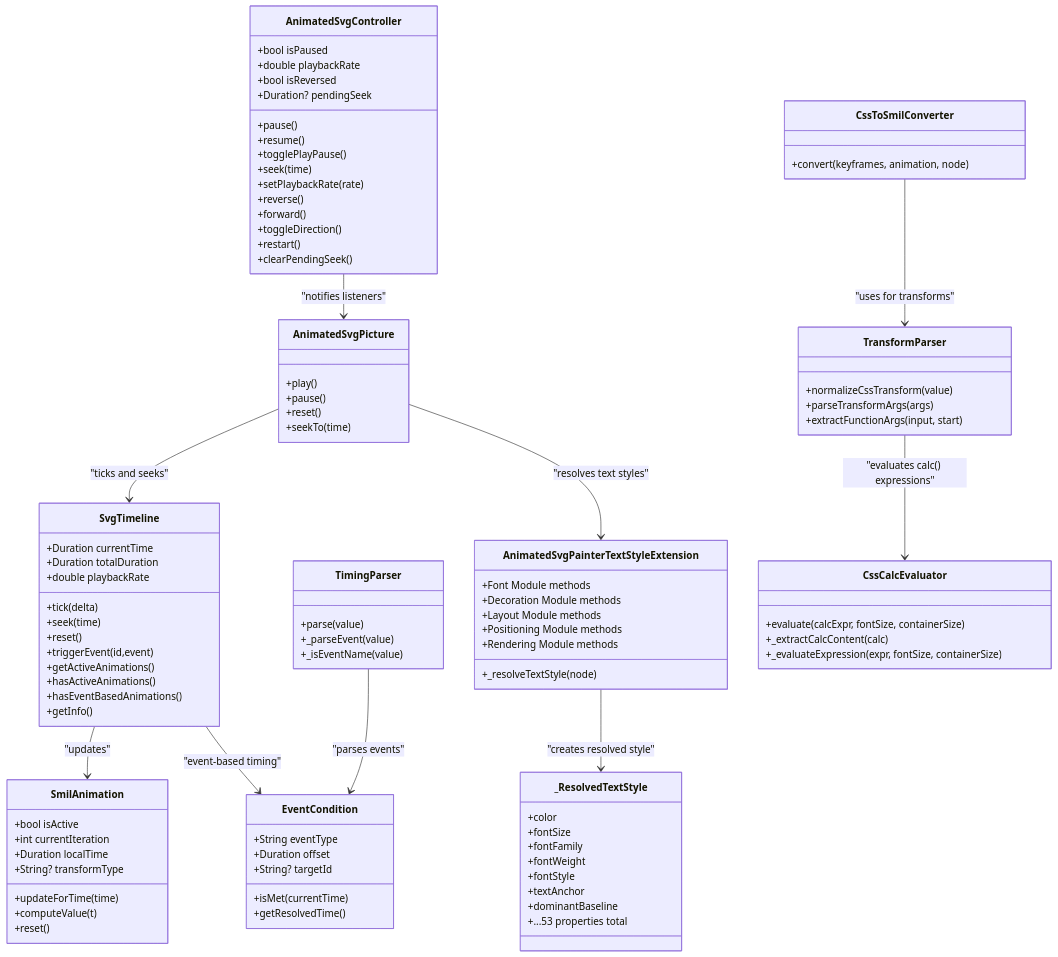
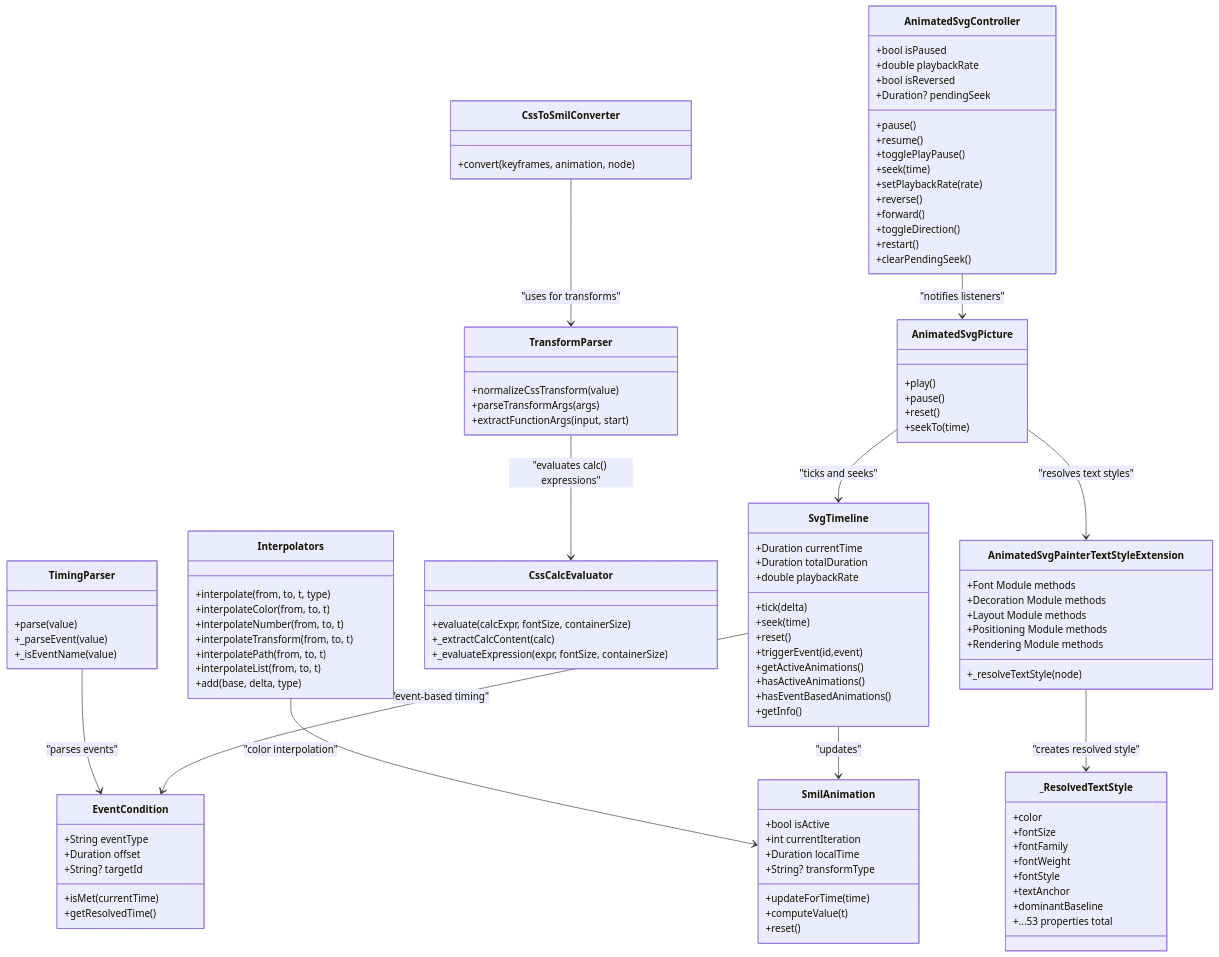
Before and after one commit to denisnadey/flutter_full_svg_support: the fourth of 4 diagrams in .qoder/repowiki/en/content/API Reference/Animation APIs.md, drawn with Mermaid. The commit also changed other lines of this file and 10 other files, not shown here.

````diff
--- a/.qoder/repowiki/en/content/API Reference/Animation APIs.md
+++ b/.qoder/repowiki/en/content/API Reference/Animation APIs.md
@@ -564,6 +617,15 @@
 +Positioning Module methods
 +Rendering Module methods
 }
+class Interpolators {
++interpolate(from, to, t, type)
++interpolateColor(from, to, t)
++interpolateNumber(from, to, t)
++interpolateTransform(from, to, t)
++interpolatePath(from, to, t)
++interpolateList(from, to, t)
++add(base, delta, type)
+}
 class _ResolvedTextStyle {
 +color
 +fontSize
@@ -583,4 +645,5 @@
 TimingParser --> EventCondition : "parses events"
 CssToSmilConverter --> TransformParser : "uses for transforms"
 TransformParser --> CssCalcEvaluator : "evaluates calc() expressions"
+Interpolators --> SmilAnimation : "color interpolation"
 ```
````
